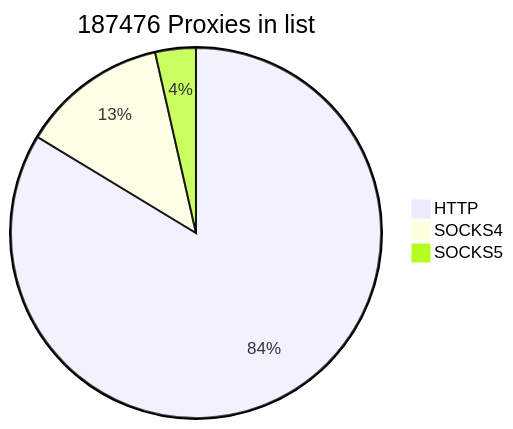
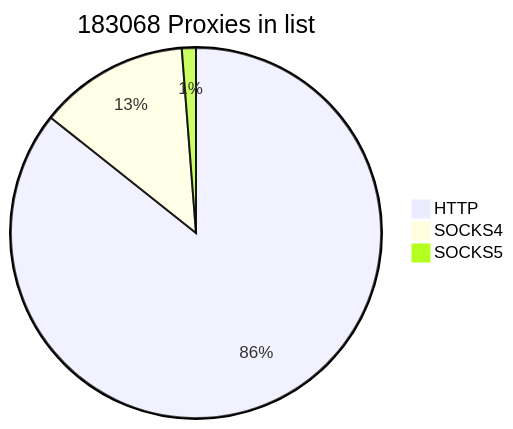
Before and after one commit to cutipu/proxylist: the first of 2 diagrams in README.md, drawn with Mermaid. The commit also changed other lines of this file, not shown here.

````diff
--- a/README.md
+++ b/README.md
@@ -2,7 +2,7 @@
 ```mermaid
-pie title 187476 Proxies in list
+pie title 183068 Proxies in list
     "HTTP" : 156862
-    "SOCKS4" : 23959
-    "SOCKS5" : 6655
+    "SOCKS4" : 23960
+    "SOCKS5" : 2246
             
 ```
````
